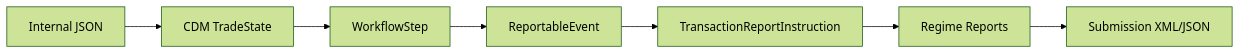
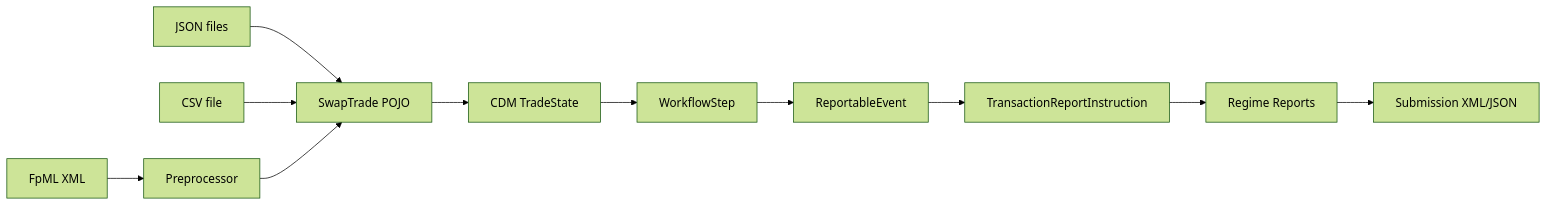
The diagram in ISDA/docs/build-and-run-guide.md (emirbh/misc), drawn with Mermaid (forest theme) before and after one commit. The commit also changed other lines of this file and 223 other files, not shown here.

````diff
--- a/ISDA/docs/build-and-run-guide.md
+++ b/ISDA/docs/build-and-run-guide.md
@@ -7,9 +7,13 @@
 ```mermaid
 flowchart LR
-    A[Internal JSON] --> B[CDM TradeState]
+    A1[JSON files] --> P[SwapTrade POJO]
+    A2[CSV file] --> P
+    A3[FpML XML] --> PP[Preprocessor]
+    PP --> P
+    P --> B[CDM TradeState]
     B --> C[WorkflowStep]
     C --> D[ReportableEvent]
     D --> E[TransactionReportInstruction]
     E --> F[Regime Reports]
     F --> G[Submission XML/JSON]
 ```
````
